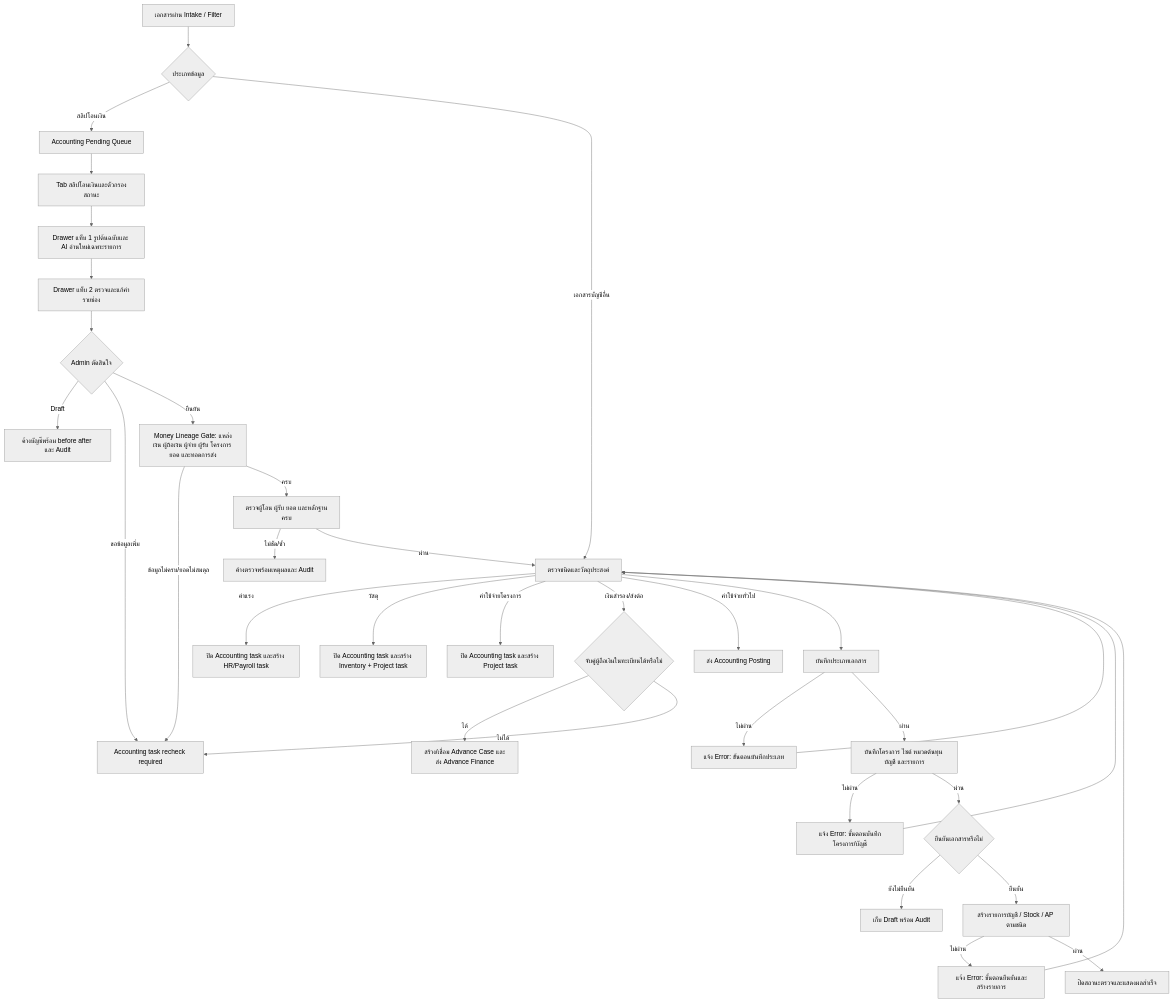
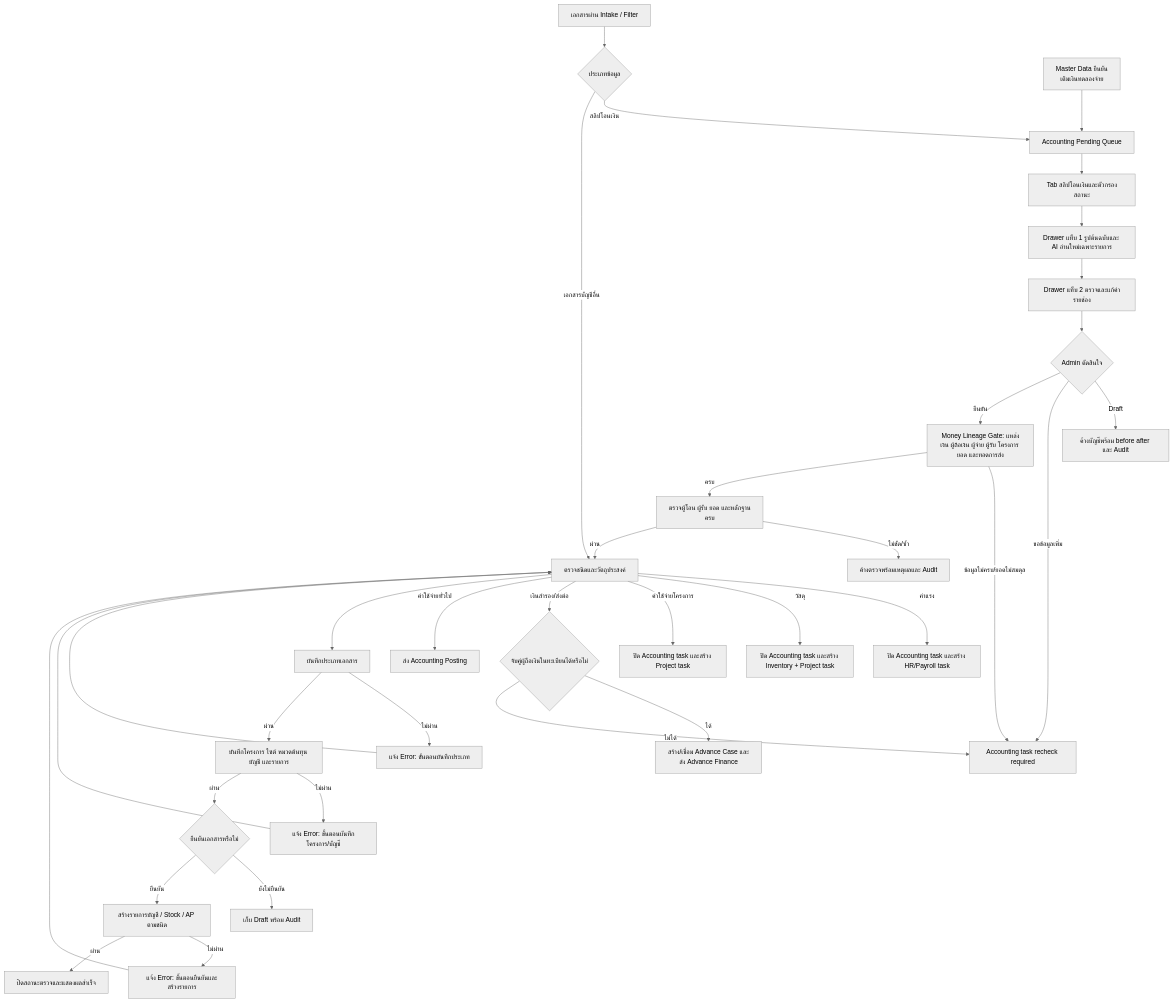
The diagram in docs/ACCOUNTING_DOCUMENT_CONFIRMATION_FLOW.md (paramonjong-afk/WisdomAI), drawn with Mermaid (neutral theme) before and after one commit. The commit also changed other lines of this file and 14 other files, not shown here.

````diff
--- a/docs/ACCOUNTING_DOCUMENT_CONFIRMATION_FLOW.md
+++ b/docs/ACCOUNTING_DOCUMENT_CONFIRMATION_FLOW.md
@@ -3,36 +3,37 @@
 ```mermaid
 flowchart TD
   A[เอกสารผ่าน Intake / Filter] --> B{ประเภทข้อมูล}
+  A0[Master Data ยืนยัน\nเติมเงินทดลองจ่าย] --> Q
   B -->|สลิปโอนเงิน| Q[Accounting Pending Queue]
   Q --> Q0[Tab สลิปโอนเงินและตัวกรองสถานะ]
   Q0 --> B1[Drawer แท็บ 1 รูปต้นฉบับและ AI อ่านใหม่เฉพาะรายการ]
   B1 --> B2[Drawer แท็บ 2 ตรวจและแก้ค่ารายช่อง]
   B2 --> B3{Admin ตัดสินใจ}
   B3 -->|Draft| QD[ค้างบัญชีพร้อม before after และ Audit]
   B3 -->|ขอข้อมูลเพิ่ม| QI[Accounting task recheck required]
   B3 -->|ยืนยัน| M0[Money Lineage Gate: แหล่งเงิน ผู้ถือเงิน ผู้จ่าย ผู้รับ โครงการ ยอด และทอดการส่ง]
   M0 -->|ข้อมูลไม่ครบ/ยอดไม่สมดุล| QI
   M0 -->|ครบ| C1[ตรวจผู้โอน ผู้รับ ยอด และหลักฐานครบ]
   C1 -->|ไม่ชัด/ซ้ำ| Q1[ค้างตรวจพร้อมเหตุผลและ Audit]
   C1 -->|ผ่าน| C[ตรวจชนิดและวัตถุประสงค์]
   C -->|ค่าแรง| M1[ปิด Accounting task และสร้าง HR/Payroll task]
   C -->|วัสดุ| M2[ปิด Accounting task และสร้าง Inventory + Project task]
   C -->|ค่าใช้จ่ายโครงการ| M3[ปิด Accounting task และสร้าง Project task]
   C -->|เงินสำรอง/ส่งต่อ| M4{จับคู่ผู้ถือเงินในทะเบียนได้หรือไม่}
   M4 -->|ได้| M5[สร้าง/เชื่อม Advance Case และส่ง Advance Finance]
   M4 -->|ไม่ได้| QI
   C -->|ค่าใช้จ่ายทั่วไป| M6[ส่ง Accounting Posting]
   B -->|เอกสารบัญชีอื่น| C
   C --> D[บันทึกประเภทเอกสาร]
   D -->|ไม่ผ่าน| D1[แจ้ง Error: ขั้นตอนบันทึกประเภท]
   D -->|ผ่าน| E[บันทึกโครงการ ไซต์ หมวดต้นทุน บัญชี และรายการ]
   E -->|ไม่ผ่าน| E1[แจ้ง Error: ขั้นตอนบันทึกโครงการ/บัญชี]
   E -->|ผ่าน| F{ยืนยันเอกสารหรือไม่}
   F -->|ยังไม่ยืนยัน| G[เก็บ Draft พร้อม Audit]
   F -->|ยืนยัน| H[สร้างรายการบัญชี / Stock / AP ตามชนิด]
   H -->|ไม่ผ่าน| H1[แจ้ง Error: ขั้นตอนยืนยันและสร้างรายการ]
   H -->|ผ่าน| I[ปิดสถานะตรวจและแสดงผลสำเร็จ]
   D1 --> C
   E1 --> C
   H1 --> C
 ```
````
